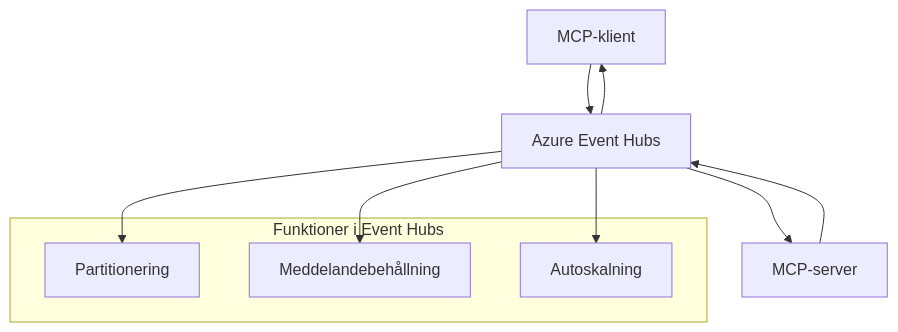
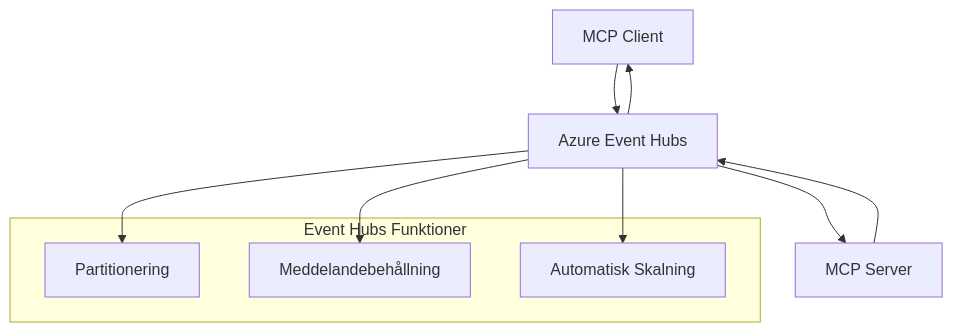
One commit to HIDORAKAI002/ai-workspace-archive changed the second of 2 diagrams in mcp_ecosystem__model_context_protocol/mcp_learning_resources/mcp-for-beginners/translations/sv/05-AdvancedTopics/mcp-transport/README.md. Above: the diagram before and after it, drawn with Mermaid. The commit also changed other lines of this file and 1539 other files, not shown here.

````diff
--- a/mcp_ecosystem__model_context_protocol/mcp_learning_resources/mcp-for-beginners/translations/sv/05-AdvancedTopics/mcp-transport/README.md
+++ b/mcp_ecosystem__model_context_protocol/mcp_learning_resources/mcp-for-beginners/translations/sv/05-AdvancedTopics/mcp-transport/README.md
@@ -269,17 +270,17 @@
 ```mermaid
 graph TB
-    Client[MCP-klient] --> EH[Azure Event Hubs]
-    EH --> Server[MCP-server]
+    Client[MCP Client] --> EH[Azure Event Hubs]
+    EH --> Server[MCP Server]
     Server --> EH
     EH --> Client
     
-    subgraph "Funktioner i Event Hubs"
+    subgraph "Event Hubs Funktioner"
         Partition[Partitionering]
         Retention[Meddelandebehållning]
-        Scaling[Autoskalning]
+        Scaling[Automatisk Skalning]
     end
     
     EH --> Partition
     EH --> Retention
     EH --> Scaling
 ```
````
